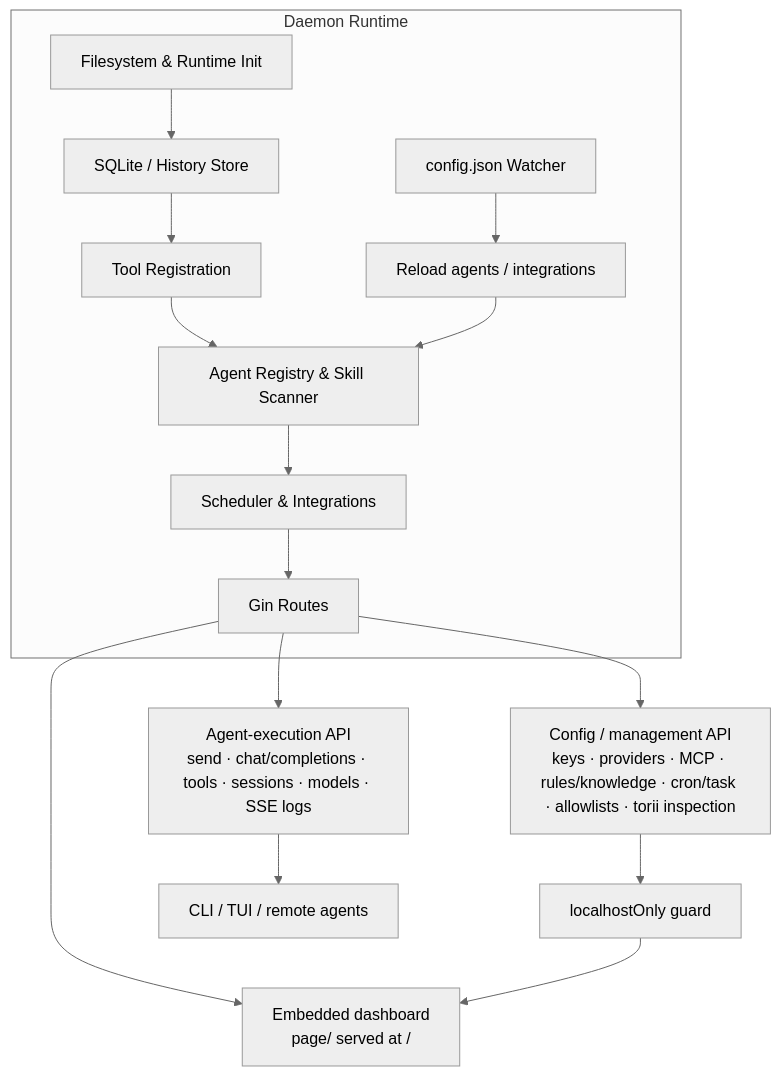
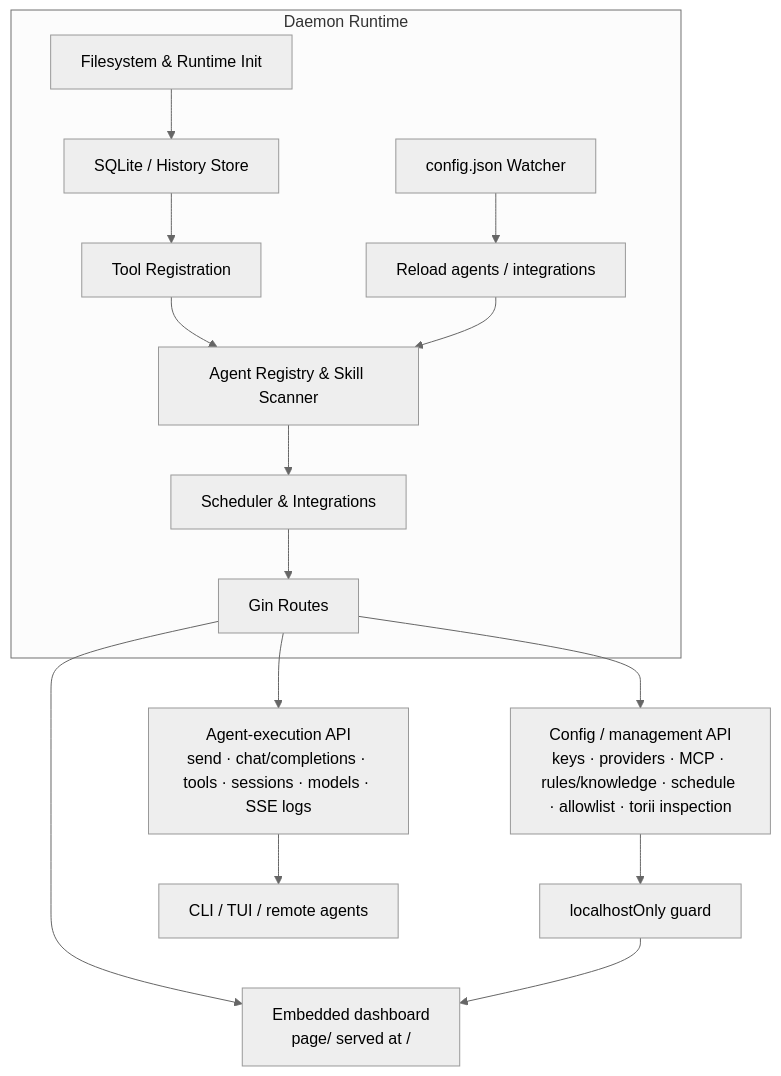
One commit to agenvoy/Agenvoy changed the fourth of 12 diagrams in doc/architecture.md. Above: the diagram before and after it, drawn with Mermaid (neutral theme). The commit also changed other lines of this file and 8 other files, not shown here.

Commit message:
doc: Update API and changelog documentation for consolidated runtime routes

````diff
--- a/doc/architecture.md
+++ b/doc/architecture.md
@@ -71,18 +71,18 @@
 ```mermaid
 graph TB
     subgraph Daemon[Daemon Runtime]
         Init[Filesystem & Runtime Init] --> Storage[SQLite / History Store]
         Storage --> ToolInit[Tool Registration]
         ToolInit --> AgentInit[Agent Registry & Skill Scanner]
         AgentInit --> Services[Scheduler & Integrations]
         Services --> Routes[Gin Routes]
         Config[config.json Watcher] --> Reload[Reload agents / integrations]
         Reload --> AgentInit
     end
     Routes --> ExecAPI[Agent-execution API<br/>send · chat/completions · tools · sessions · models · SSE logs]
-    Routes --> ConfigAPI[Config / management API<br/>keys · providers · MCP · rules/knowledge · cron/task · allowlists · torii inspection]
+    Routes --> ConfigAPI[Config / management API<br/>keys · providers · MCP · rules/knowledge · schedule · allowlist · torii inspection]
     Routes --> Page[Embedded dashboard<br/>page/ served at /]
     ConfigAPI --> LocalGuard[localhostOnly guard]
     ExecAPI --> Client[CLI / TUI / remote agents]
     LocalGuard --> Page
 ```
````
